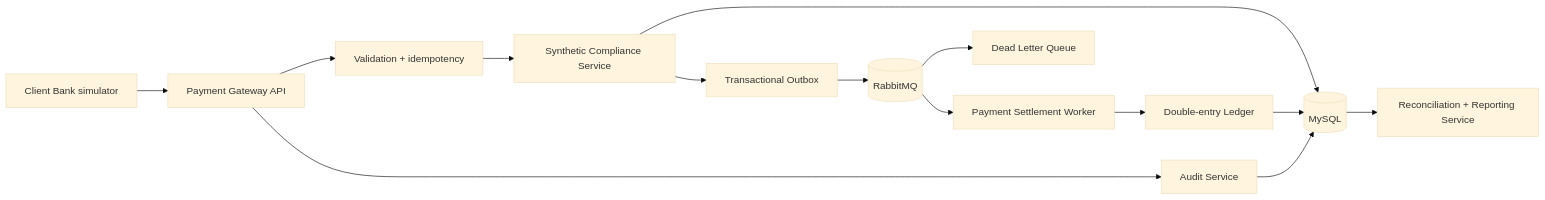
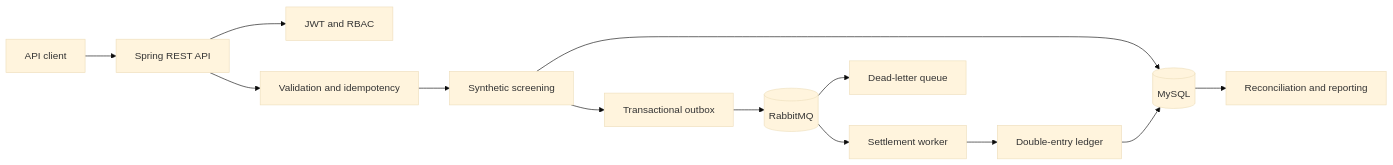
The second of 2 diagrams in README.md (Jeffhan789/BankBridge), drawn with Mermaid (base theme) before and after one commit. The commit also changed other lines of this file and 26 other files, not shown here.

````diff
--- a/README.md
+++ b/README.md
@@ -57,16 +45,15 @@
 ```mermaid
 flowchart LR
-    Client["Client Bank simulator"] --> API["Payment Gateway API"]
-    API --> Validation["Validation + idempotency"]
-    Validation --> Screening["Synthetic Compliance Service"]
+    Client[API client] --> API[Spring REST API]
+    API --> Auth[JWT and RBAC]
+    API --> Validation[Validation and idempotency]
+    Validation --> Screening[Synthetic screening]
     Screening --> DB[(MySQL)]
-    Screening --> Outbox["Transactional Outbox"]
+    Screening --> Outbox[Transactional outbox]
     Outbox --> MQ[(RabbitMQ)]
-    MQ --> Worker["Payment Settlement Worker"]
-    Worker --> Ledger["Double-entry Ledger"]
+    MQ --> Worker[Settlement worker]
+    Worker --> Ledger[Double-entry ledger]
     Ledger --> DB
-    DB --> Reporting["Reconciliation + Reporting Service"]
-    API --> Audit["Audit Service"]
-    Audit --> DB
-    MQ --> DLQ["Dead Letter Queue"]
+    MQ --> DLQ[Dead-letter queue]
+    DB --> Reporting[Reconciliation and reporting]
 ```
````
